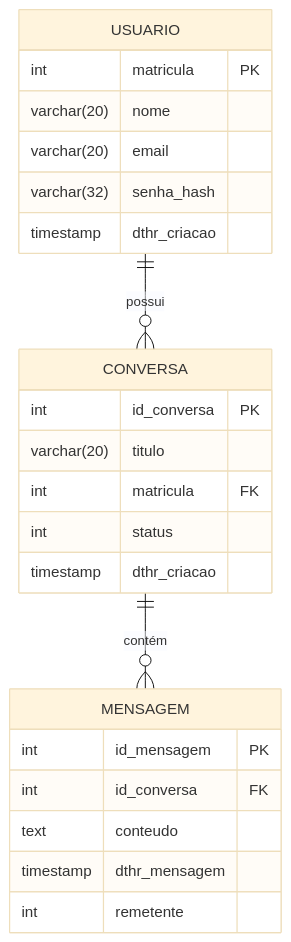
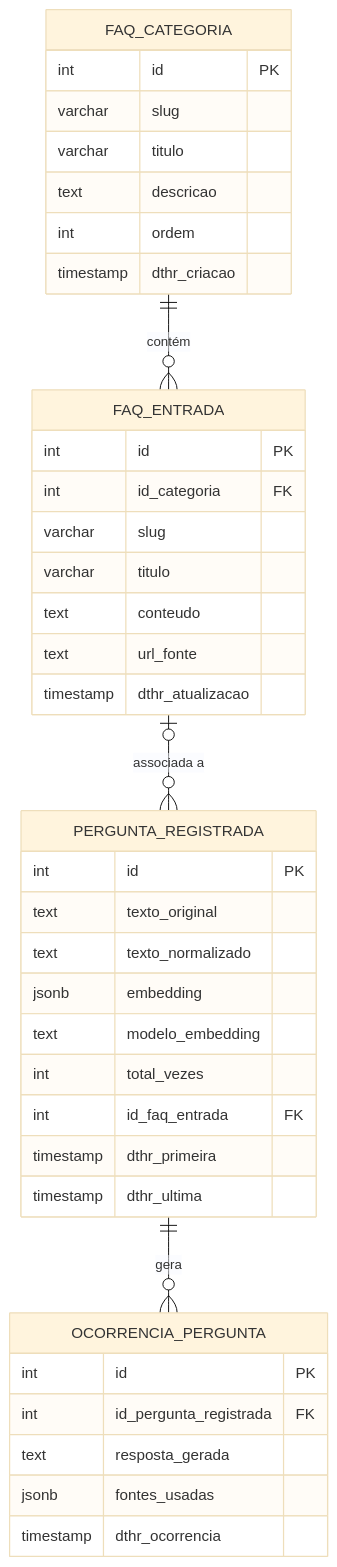
The diagram in db/README.md (fernando-augustop/trabalho-tp2-fiaq-2026.1), drawn with Mermaid (base theme) before and after one commit. The commit also changed other lines of this file and 14 other files, not shown here.

````diff
--- a/db/README.md
+++ b/db/README.md
@@ -15,29 +75,45 @@
 ```mermaid
 erDiagram
-    USUARIO ||--o{ CONVERSA : "possui"
-    CONVERSA ||--o{ MENSAGEM : "contém"
+    FAQ_CATEGORIA ||--o{ FAQ_ENTRADA : "contém"
+    FAQ_ENTRADA |o--o{ PERGUNTA_REGISTRADA : "associada a"
+    PERGUNTA_REGISTRADA ||--o{ OCORRENCIA_PERGUNTA : "gera"
 
-    USUARIO {
-        int matricula PK
-        varchar(20) nome
-        varchar(20) email
-        varchar(32) senha_hash
+    FAQ_CATEGORIA {
+        int id PK
+        varchar slug
+        varchar titulo
+        text descricao
+        int ordem
         timestamp dthr_criacao
     }
 
-    CONVERSA {
-        int id_conversa PK
-        varchar(20) titulo
-        int matricula FK
-        int status
-        timestamp dthr_criacao
+    FAQ_ENTRADA {
+        int id PK
+        int id_categoria FK
+        varchar slug
+        varchar titulo
+        text conteudo
+        text url_fonte
+        timestamp dthr_atualizacao
     }
 
-    MENSAGEM {
-        int id_mensagem PK
-        int id_conversa FK
-        text conteudo
-        timestamp dthr_mensagem
-        int remetente
+    PERGUNTA_REGISTRADA {
+        int id PK
+        text texto_original
+        text texto_normalizado
+        jsonb embedding
+        text modelo_embedding
+        int total_vezes
+        int id_faq_entrada FK
+        timestamp dthr_primeira
+        timestamp dthr_ultima
+    }
+
+    OCORRENCIA_PERGUNTA {
+        int id PK
+        int id_pergunta_registrada FK
+        text resposta_gerada
+        jsonb fontes_usadas
+        timestamp dthr_ocorrencia
     }
 ```
````
